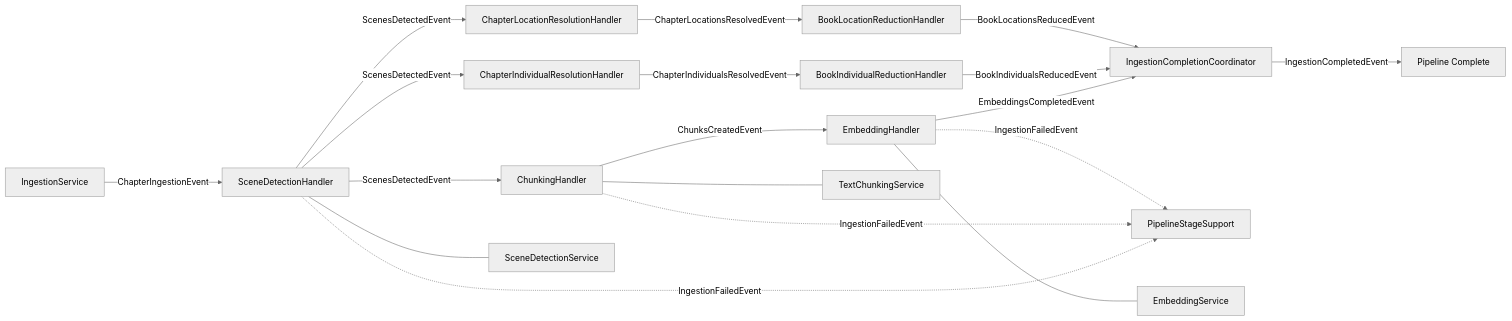
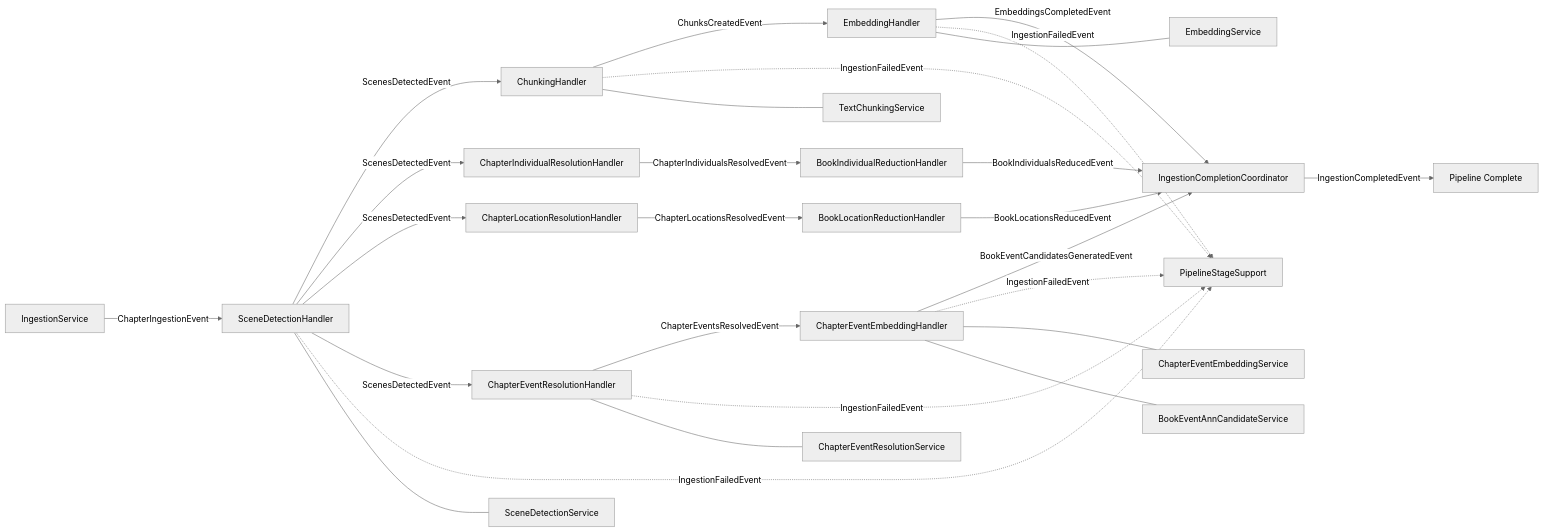
Before and after one commit to chaixdev/lorevault-kb: the first of 3 diagrams in docs/patterns/ingestion/ingestion-pipeline.md, drawn with Mermaid (neutral theme). The commit also changed other lines of this file and 1 other file, not shown here.

Commit message:
docs(ingestion): document five-event Stage 4 fan-in

````diff
--- a/docs/patterns/ingestion/ingestion-pipeline.md
+++ b/docs/patterns/ingestion/ingestion-pipeline.md
@@ -13,22 +13,30 @@
 ```mermaid
 graph LR
     IngestionService["IngestionService"] -->|"ChapterIngestionEvent"| SceneDetectionHandler["SceneDetectionHandler"]
     SceneDetectionHandler -->|"ScenesDetectedEvent"| ChunkingHandler["ChunkingHandler"]
     SceneDetectionHandler -->|"ScenesDetectedEvent"| ChapterIndividualResolutionHandler["ChapterIndividualResolutionHandler"]
     SceneDetectionHandler -->|"ScenesDetectedEvent"| ChapterLocationResolutionHandler["ChapterLocationResolutionHandler"]
+    SceneDetectionHandler -->|"ScenesDetectedEvent"| ChapterEventResolutionHandler["ChapterEventResolutionHandler"]
     ChunkingHandler -->|"ChunksCreatedEvent"| EmbeddingHandler["EmbeddingHandler"]
     EmbeddingHandler -->|"EmbeddingsCompletedEvent"| Completion["IngestionCompletionCoordinator"]
     ChapterIndividualResolutionHandler -->|"ChapterIndividualsResolvedEvent"| BookIndividualReductionHandler["BookIndividualReductionHandler"]
     BookIndividualReductionHandler -->|"BookIndividualsReducedEvent"| Completion
     ChapterLocationResolutionHandler -->|"ChapterLocationsResolvedEvent"| BookLocationReductionHandler["BookLocationReductionHandler"]
     BookLocationReductionHandler -->|"BookLocationsReducedEvent"| Completion
+    ChapterEventResolutionHandler -->|"ChapterEventsResolvedEvent"| ChapterEventEmbeddingHandler["ChapterEventEmbeddingHandler"]
+    ChapterEventEmbeddingHandler -->|"BookEventCandidatesGeneratedEvent"| Completion
     Completion -->|"IngestionCompletedEvent"| Done["Pipeline Complete"]
     
     SceneDetectionHandler -.->|"IngestionFailedEvent"| PipelineStageSupport["PipelineStageSupport"]
     ChunkingHandler -.->|"IngestionFailedEvent"| PipelineStageSupport
     EmbeddingHandler -.->|"IngestionFailedEvent"| PipelineStageSupport
+    ChapterEventResolutionHandler -.->|"IngestionFailedEvent"| PipelineStageSupport
+    ChapterEventEmbeddingHandler -.->|"IngestionFailedEvent"| PipelineStageSupport
     
     SceneDetectionHandler --- SceneDetectionService["SceneDetectionService"]
     ChunkingHandler --- TextChunkingService["TextChunkingService"]
     EmbeddingHandler --- EmbeddingService["EmbeddingService"]
+    ChapterEventResolutionHandler --- ChapterEventResolutionService["ChapterEventResolutionService"]
+    ChapterEventEmbeddingHandler --- ChapterEventEmbeddingService["ChapterEventEmbeddingService"]
+    ChapterEventEmbeddingHandler --- BookEventAnnCandidateService["BookEventAnnCandidateService"]
 ```
````
